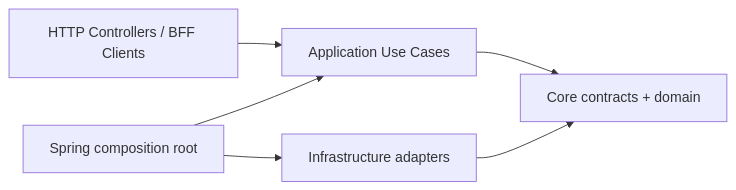
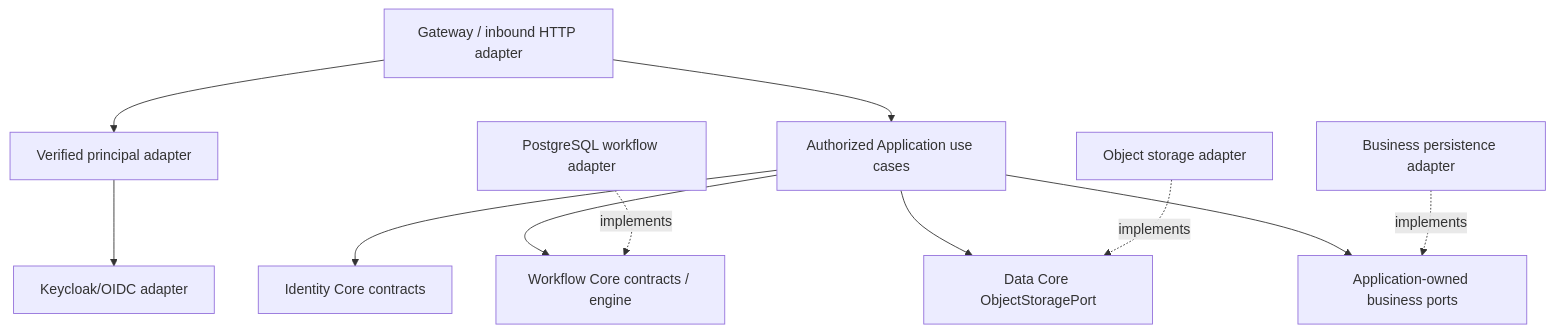
Before and after one commit to lexuanbao258-collab/dxos-open-core: the second of 2 diagrams in docs/01-architecture/system-architecture.md, drawn with Mermaid. The commit also changed other lines of this file and 11 other files, not shown here.

````diff
--- a/docs/01-architecture/system-architecture.md
+++ b/docs/01-architecture/system-architecture.md
@@ -196,8 +50,13 @@
 ```mermaid
-flowchart LR
-  HTTP[HTTP Controllers / BFF Clients] --> APP[Application Use Cases]
-  APP --> CORE[Core contracts + domain]
-  INFRA[Infrastructure adapters] --> CORE
-  BOOT[Spring composition root] --> APP
-  BOOT --> INFRA
+flowchart TD
+    HTTP[Gateway / inbound HTTP adapter] --> Sec[Verified principal adapter]
+    HTTP --> UC[Authorized Application use cases]
+    UC --> Identity[Identity Core contracts]
+    UC --> Workflow[Workflow Core contracts / engine]
+    UC --> Data[Data Core ObjectStoragePort]
+    UC --> BizPort[Application-owned business ports]
+    WFAdapter[PostgreSQL workflow adapter] -. implements .-> Workflow
+    BizAdapter[Business persistence adapter] -. implements .-> BizPort
+    StoreAdapter[Object storage adapter] -. implements .-> Data
+    Sec --> OIDC[Keycloak/OIDC adapter]
 ```
````
